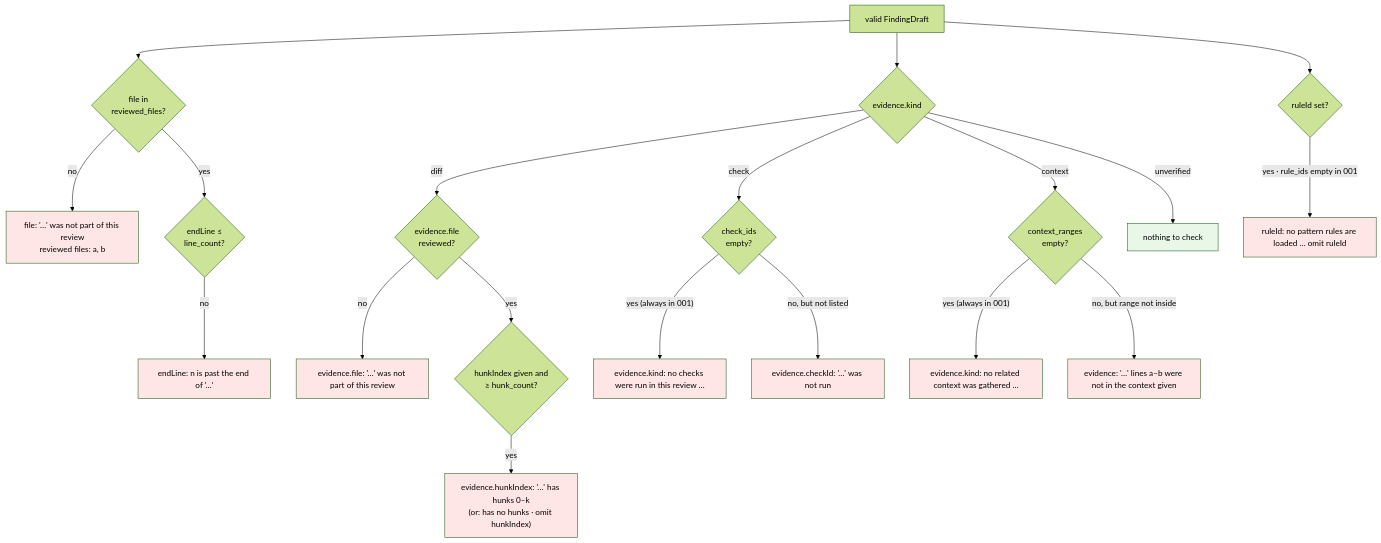
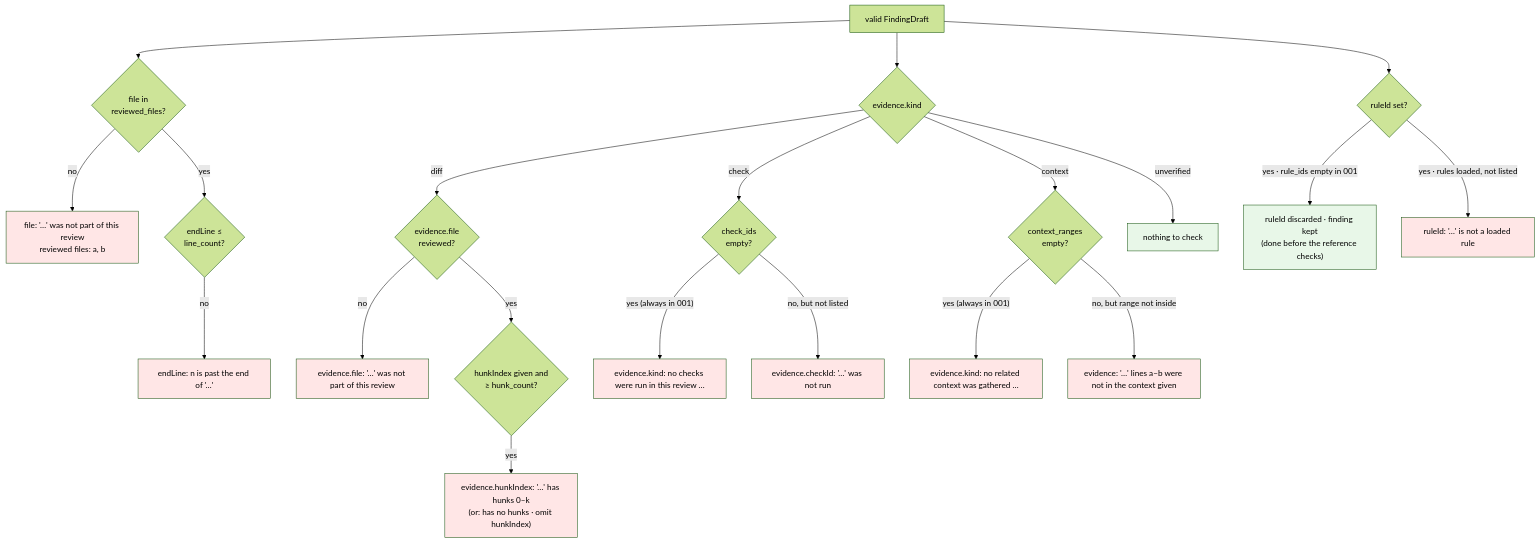
Before and after one commit to nhahub/NHA-5-285: diagram 11 of 36 in Docs/design/schemas-and-contracts.md, drawn with Mermaid (forest theme). The commit also changed other lines of this file and 1 other file, not shown here.

Commit message:
docs(specs): record that a ruleId with no rules loaded is discarded
The emit-finding contract owns the reason strings. It gains a
"Discarded fields" section saying why this one field is dropped rather
than rejected, and the one-page schema reference follows it.

````diff
--- a/Docs/design/schemas-and-contracts.md
+++ b/Docs/design/schemas-and-contracts.md
@@ -418,32 +418,34 @@
 ```mermaid
 flowchart TD
     D["valid FindingDraft"] --> F{"file in<br/>reviewed_files?"}
     F -->|no| P1["file: '…' was not part of this review<br/>reviewed files: a, b"]
     F -->|yes| L{"endLine ≤<br/>line_count?"}
     L -->|no| P2["endLine: n is past the end of '…'"]
     D --> K{"evidence.kind"}
     K -->|diff| DF{"evidence.file<br/>reviewed?"}
     DF -->|no| P3["evidence.file: '…' was not part of this review"]
     DF -->|yes| H{"hunkIndex given and<br/>≥ hunk_count?"}
     H -->|yes| P4["evidence.hunkIndex: '…' has hunks 0–k<br/>(or: has no hunks · omit hunkIndex)"]
     K -->|check| CK{"check_ids<br/>empty?"}
     CK -->|"yes (always in 001)"| P5["evidence.kind: no checks were run in this review …"]
     CK -->|"no, but not listed"| P5b["evidence.checkId: '…' was not run"]
     K -->|context| CX{"context_ranges<br/>empty?"}
     CX -->|"yes (always in 001)"| P6["evidence.kind: no related context was gathered …"]
     CX -->|"no, but range not inside"| P6b["evidence: '…' lines a–b were not in the context given"]
     K -->|unverified| UV["nothing to check"]
     D --> RU{"ruleId set?"}
-    RU -->|"yes · rule_ids empty in 001"| P7["ruleId: no pattern rules are loaded … omit ruleId"]
+    RU -->|"yes · rule_ids empty in 001"| P7["ruleId discarded · finding kept<br/>(done before the reference checks)"]
+    RU -->|"yes · rules loaded, not listed"| P7b["ruleId: '…' is not a loaded rule"]
 
     style P1 fill:#ffe6e6
     style P2 fill:#ffe6e6
     style P3 fill:#ffe6e6
     style P4 fill:#ffe6e6
     style P5 fill:#ffe6e6
     style P5b fill:#ffe6e6
     style P6 fill:#ffe6e6
     style P6b fill:#ffe6e6
-    style P7 fill:#ffe6e6
+    style P7 fill:#e8f7e8
+    style P7b fill:#ffe6e6
     style UV fill:#e8f7e8
 ```
````
